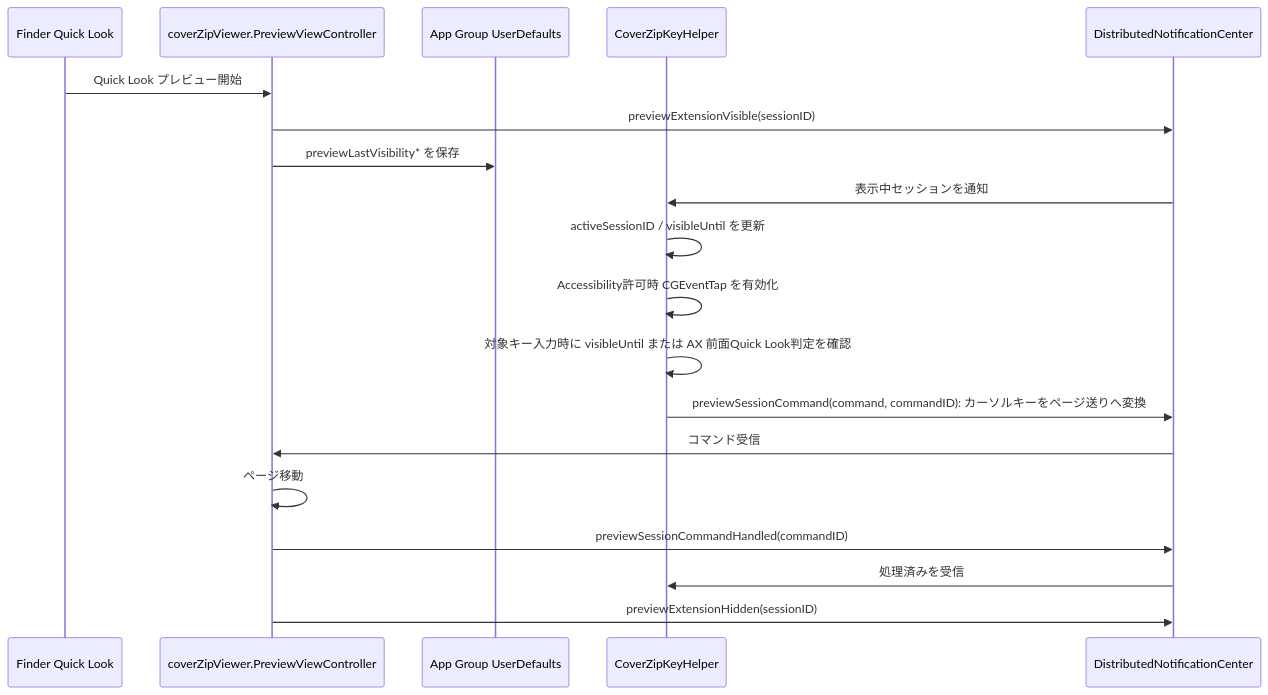
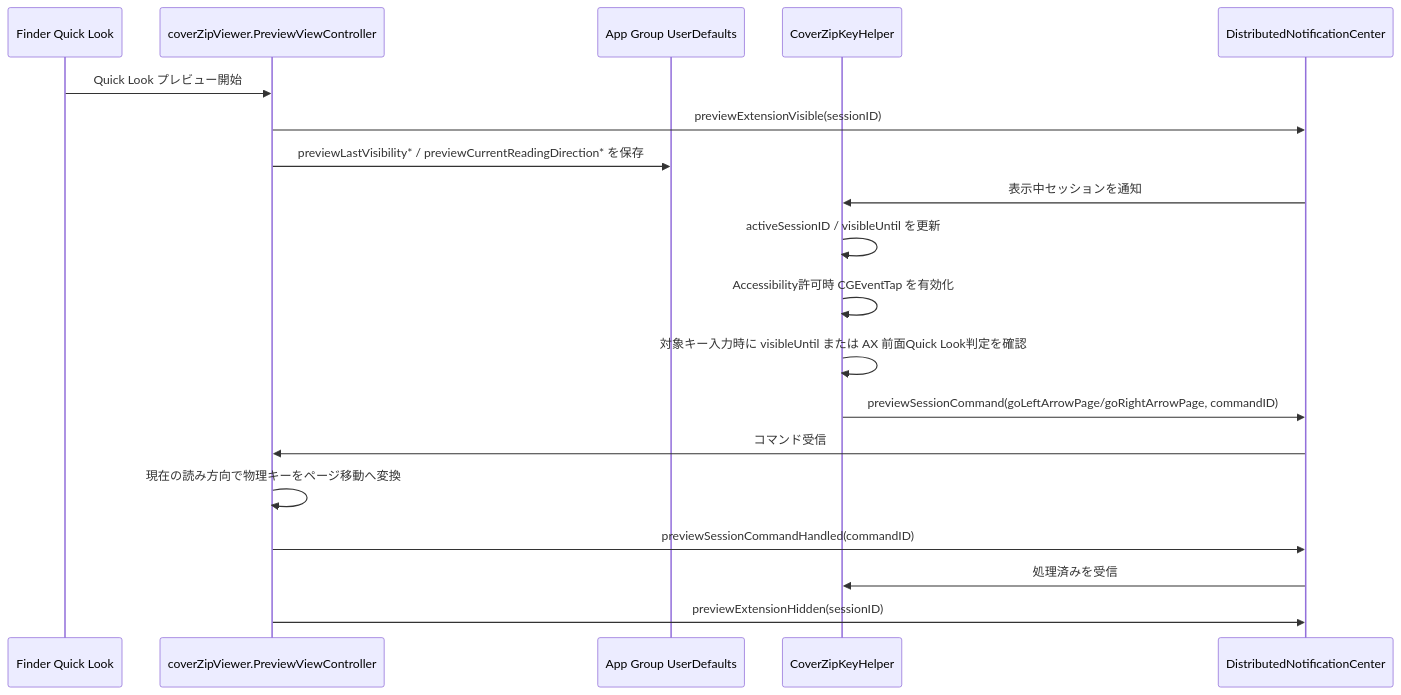
One commit to Nihondo/CoverZip changed the fourth of 6 diagrams in flow.md. Above: the diagram before and after it, drawn with Mermaid. The commit also changed other lines of this file and 8 other files, not shown here.

````diff
--- a/flow.md
+++ b/flow.md
@@ -115,22 +115,22 @@
 ```mermaid
 sequenceDiagram
     participant Finder as Finder Quick Look
     participant Preview as coverZipViewer.PreviewViewController
     participant Defaults as App Group UserDefaults
     participant Key as CoverZipKeyHelper
     participant DNC as DistributedNotificationCenter
 
     Finder->>Preview: Quick Look プレビュー開始
     Preview->>DNC: previewExtensionVisible(sessionID)
-    Preview->>Defaults: previewLastVisibility* を保存
+    Preview->>Defaults: previewLastVisibility* / previewCurrentReadingDirection* を保存
     DNC->>Key: 表示中セッションを通知
     Key->>Key: activeSessionID / visibleUntil を更新
     Key->>Key: Accessibility許可時 CGEventTap を有効化
     Key->>Key: 対象キー入力時に visibleUntil または AX 前面Quick Look判定を確認
-    Key->>DNC: previewSessionCommand(command, commandID): カーソルキーをページ送りへ変換
+    Key->>DNC: previewSessionCommand(goLeftArrowPage/goRightArrowPage, commandID)
     DNC->>Preview: コマンド受信
-    Preview->>Preview: ページ移動
+    Preview->>Preview: 現在の読み方向で物理キーをページ移動へ変換
     Preview->>DNC: previewSessionCommandHandled(commandID)
     DNC->>Key: 処理済みを受信
     Preview->>DNC: previewExtensionHidden(sessionID)
 ```
````
